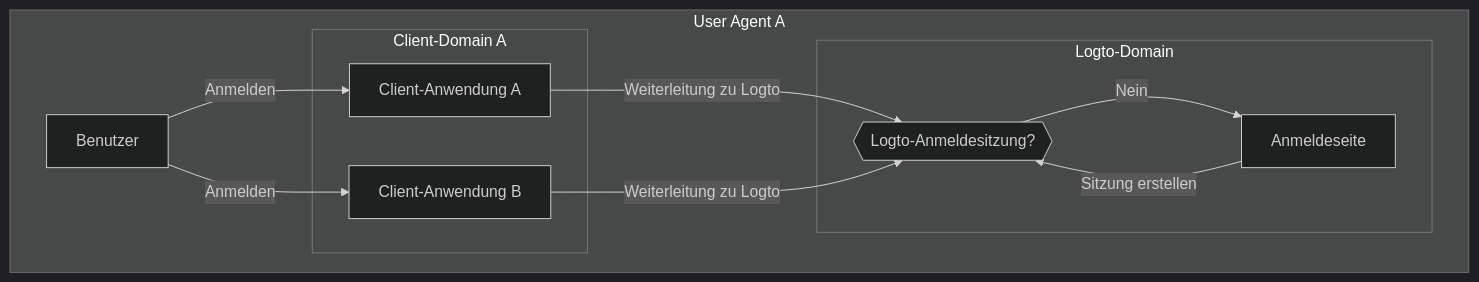
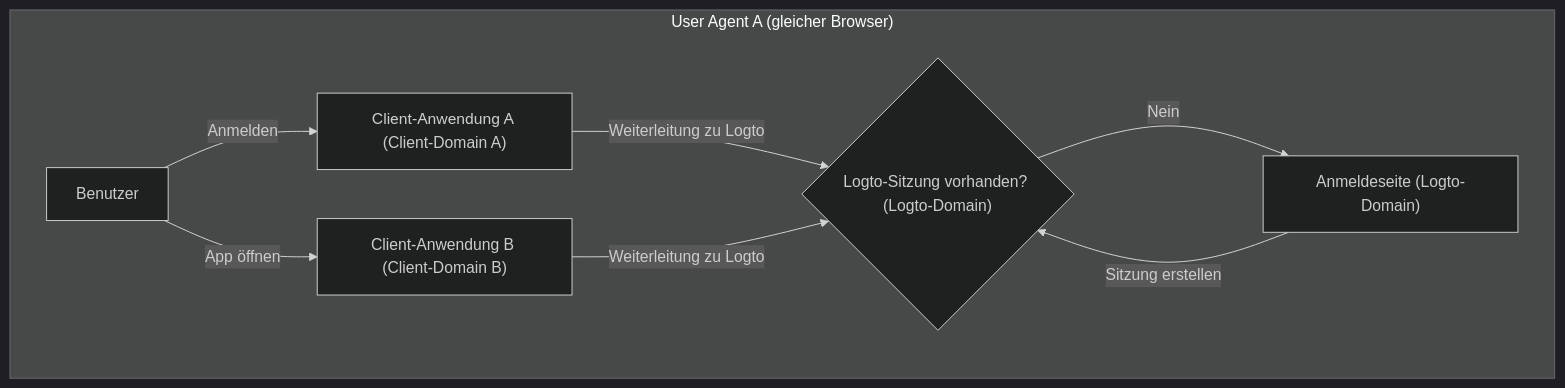
The third of 5 diagrams in i18n/de/docusaurus-plugin-content-docs/current/end-user-flows/sign-out.mdx (logto-io/docs), drawn with Mermaid (dark theme) before and after one commit. The commit also changed other lines of this file and 74 other files, not shown here.

````diff
--- a/i18n/de/docusaurus-plugin-content-docs/current/end-user-flows/sign-out.mdx
+++ b/i18n/de/docusaurus-plugin-content-docs/current/end-user-flows/sign-out.mdx
@@ -59,26 +93,23 @@
-   ```mermaid
-    flowchart TD
-    subgraph Benutzer [User Agent A]
-      U[Benutzer]
+```mermaid
+flowchart TD
+  U[Benutzer]
+  A["Client-Anwendung A (Client-Domain A)"]
+  B["Client-Anwendung B (Client-Domain B)"]
+  C{"Logto-Sitzung vorhanden? (Logto-Domain)"}
+  D["Anmeldeseite (Logto-Domain)"]
 
-      subgraph Layer1 [Client-Domain A]
-        A[Client-Anwendung A]
-      end
+  subgraph UA["User Agent A (gleicher Browser)"]
+    U
+    A
+    B
+    C
+    D
+  end
 
-      subgraph Layer1 [Client-Domain B]
-        B[Client-Anwendung B]
-      end
-
-      subgraph Layer2 [Logto-Domain]
-          C{{Logto-Anmeldesitzung?}}
-          D[Anmeldeseite]
-      end
-    end
-
-    U --> |Anmelden| A
-    A --> |Weiterleitung zu Logto| C
-    U --> |Anmelden| B
-    B --> |Weiterleitung zu Logto| C
-    C --> |Nein| D
-    D --> |Sitzung erstellen| C
-   ```
+  U -->|Anmelden| A
+  A -->|Weiterleitung zu Logto| C
+  U -->|App öffnen| B
+  B -->|Weiterleitung zu Logto| C
+  C -->|Nein| D
+  D -->|Sitzung erstellen| C
+```
````
